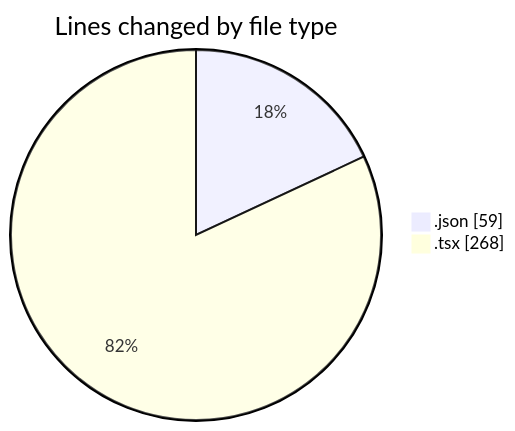
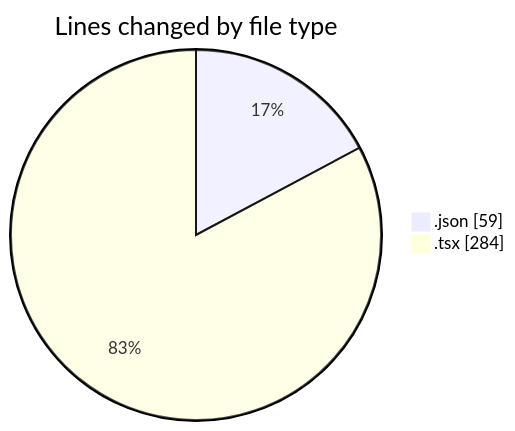
The first of 2 diagrams in 2025-11-19/cda/README.md (momahboobian/code-tracking), drawn with Mermaid before and after one commit. The commit also changed other lines of this file and 1 other file, not shown here.

````diff
--- a/2025-11-19/cda/README.md
+++ b/2025-11-19/cda/README.md
@@ -21,6 +21,6 @@
 ```mermaid
 pie showData
 title Lines changed by file type
 ".json" : 59
-".tsx" : 268
+".tsx" : 284
 ```
````
